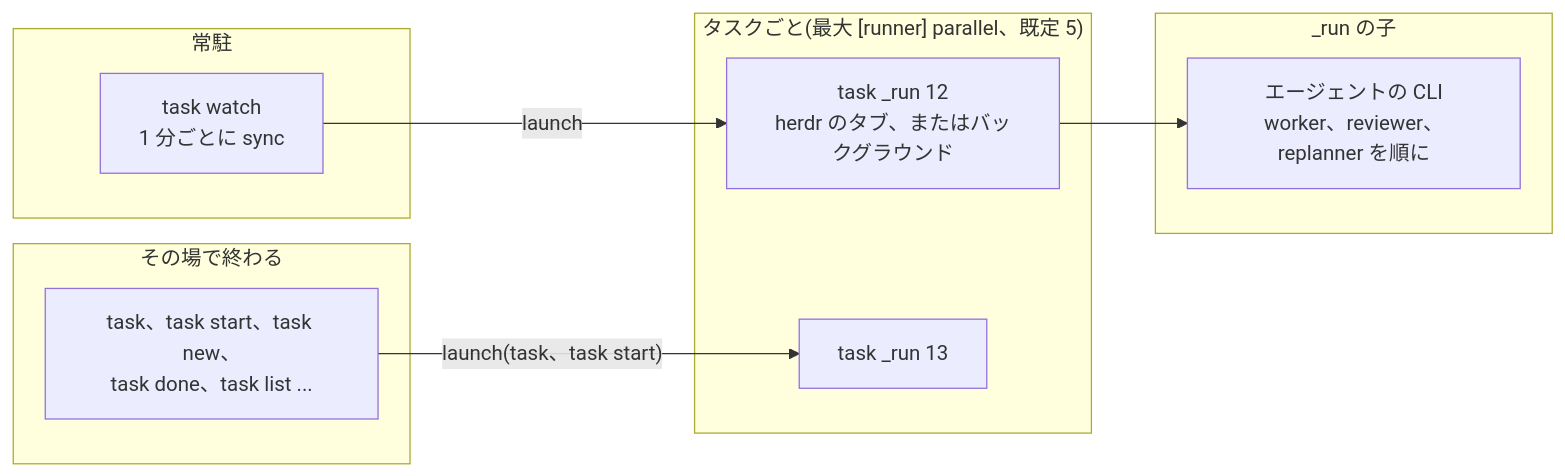
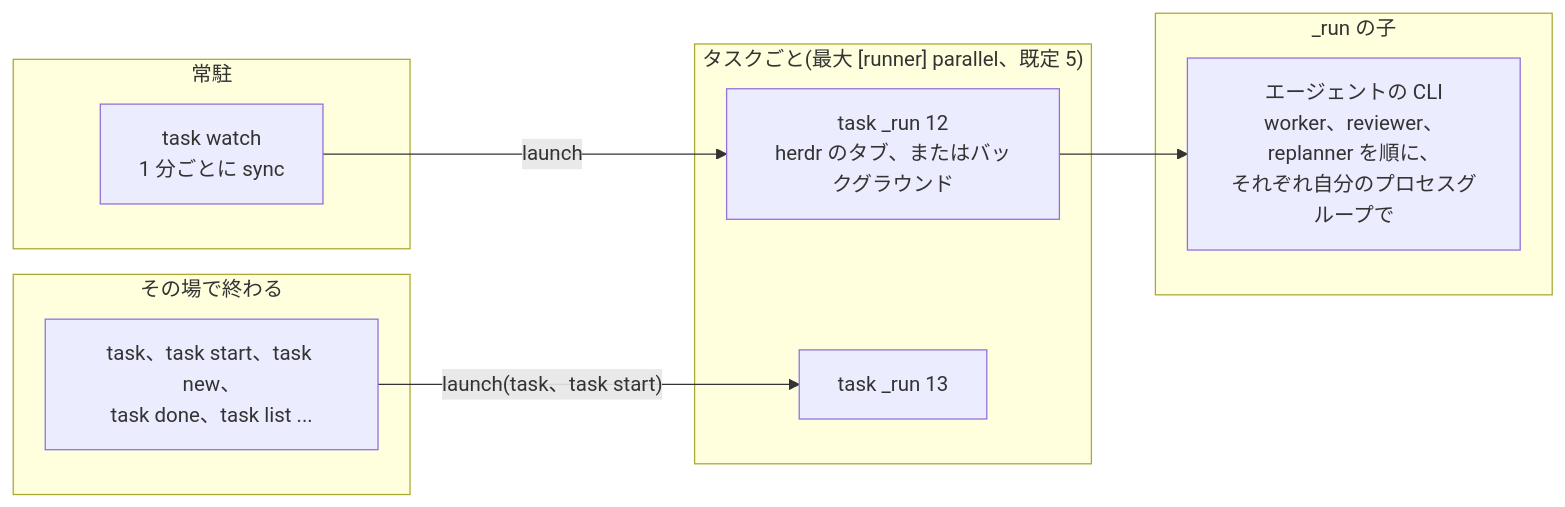
Before and after one commit to jyoka/task-hub: the third of 9 diagrams in docs/architecture/lld.md, drawn with Mermaid. The commit also changed other lines of this file and 3 other files, not shown here.

````diff
--- a/docs/architecture/lld.md
+++ b/docs/architecture/lld.md
@@ -110,19 +111,19 @@
 ```mermaid
 flowchart LR
     subgraph long["常駐"]
         watch["task watch<br/>1 分ごとに sync"]
     end
     subgraph short["その場で終わる"]
         cmds["task、task start、task new、<br/>task done、task list ..."]
     end
     subgraph perTask["タスクごと(最大 [runner] parallel、既定 5)"]
         run1["task _run 12<br/>herdr のタブ、またはバックグラウンド"]
         run2["task _run 13"]
     end
     subgraph children["_run の子"]
-        a1["エージェントの CLI<br/>worker、reviewer、replanner を順に"]
+        a1["エージェントの CLI<br/>worker、reviewer、replanner を順に、<br/>それぞれ自分のプロセスグループで"]
     end
     watch -- "launch" --> run1
     cmds -- "launch(task、task start)" --> run2
     run1 --> a1
 ```
````
